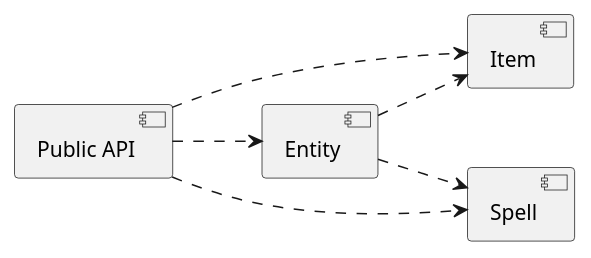
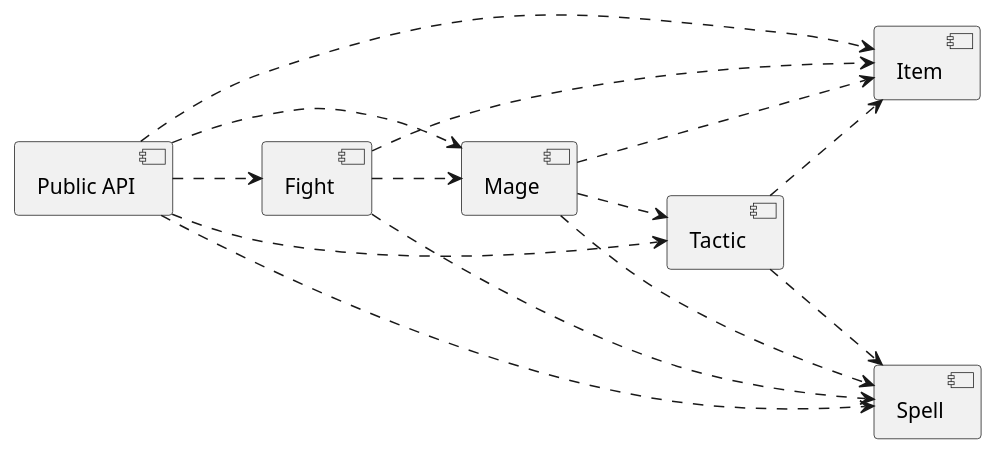
The diagram in README.md (alienspaces/holyragingmages), drawn with PlantUML before and after one commit.

````diff
--- a/README.md
+++ b/README.md
@@ -38,8 +38,16 @@
 ```plantuml
 left to right direction
-[Public API] ..> [Entity]
+[Public API] ..> [Mage]
 [Public API] ..> [Item]
 [Public API] ..> [Spell]
-[Entity] ..> [Item]
-[Entity] ..> [Spell]
+[Public API] ..> [Fight]
+[Public API] ..> [Tactic]
+[Mage] ..> [Item]
+[Mage] ..> [Spell]
+[Mage] ..> [Tactic]
+[Fight] ..> [Mage]
+[Fight] ..> [Spell]
+[Fight] ..> [Item]
+[Tactic] ..> [Spell]
+[Tactic] ..> [Item]
 ```
````
